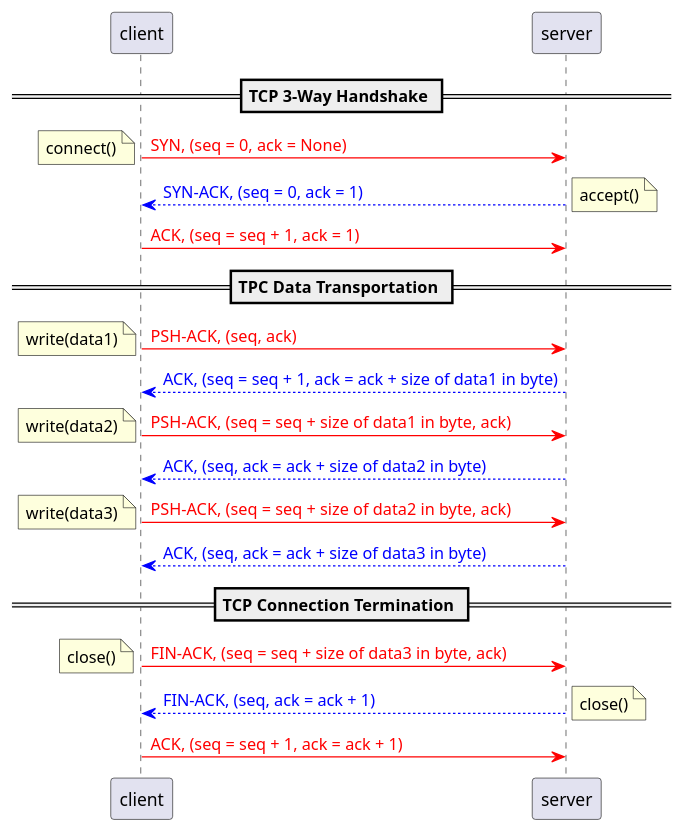
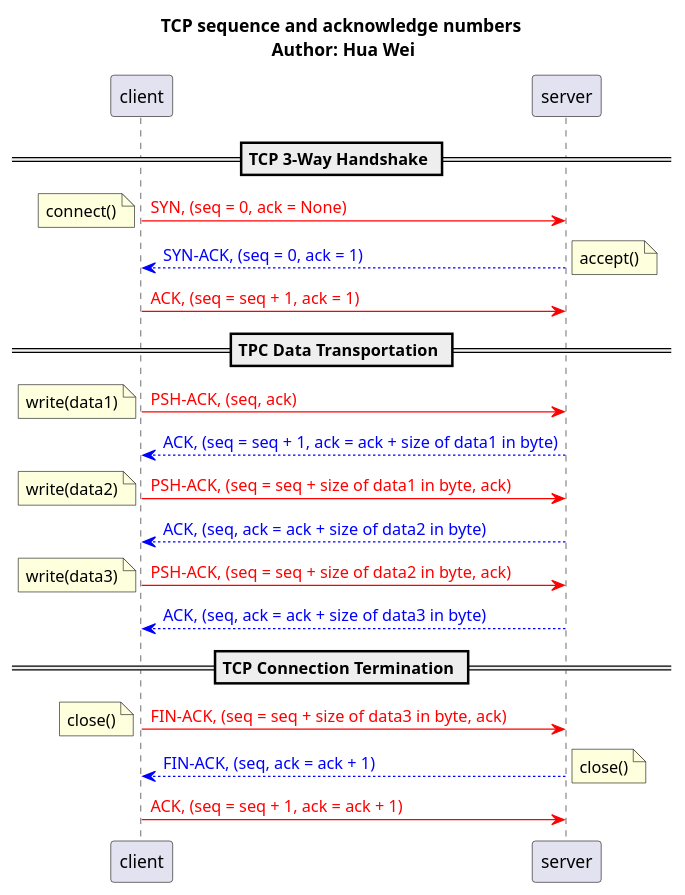
Before and after one commit to weihuacern/weihuacern.github.io: the diagram in assets/20200310_TCP_SEQUENCE_AND_ACKNOWLEDGMENT_NUMBERS/tcp-seq-ack-num.plantuml, drawn with PlantUML. The commit also changed 10 other files, not shown here.

```diff
--- a/assets/20200310_TCP_SEQUENCE_AND_ACKNOWLEDGMENT_NUMBERS/tcp-seq-ack-num.plantuml
+++ b/assets/20200310_TCP_SEQUENCE_AND_ACKNOWLEDGMENT_NUMBERS/tcp-seq-ack-num.plantuml
@@ -1,24 +1,27 @@
 @startuml tcp-seq-ack-num
+
+title TCP sequence and acknowledge numbers\n Author: Hua Wei
+
 == TCP 3-Way Handshake ==
 client -[#Red]> server: <color:red>SYN, (seq = 0, ack = None)</color>
 note left: connect()
 server --[#Blue]> client: <color:blue>SYN-ACK, (seq = 0, ack = 1)</color>
 note right: accept()
 client -[#Red]> server: <color:red>ACK, (seq = seq + 1, ack = 1)</color>
 == TPC Data Transportation ==
 client -[#Red]> server: <color:red>PSH-ACK, (seq, ack)</color>
 note left: write(data1)
 server --[#Blue]> client: <color:blue>ACK, (seq = seq + 1, ack = ack + size of data1 in byte)</color>
 client -[#Red]> server: <color:red>PSH-ACK, (seq = seq + size of data1 in byte, ack)</color>
 note left: write(data2)
 server --[#Blue]> client: <color:blue>ACK, (seq, ack = ack + size of data2 in byte)</color>
 client -[#Red]> server: <color:red>PSH-ACK, (seq = seq + size of data2 in byte, ack)</color>
 note left: write(data3)
 server --[#Blue]> client: <color:blue>ACK, (seq, ack = ack + size of data3 in byte)</color>
 == TCP Connection Termination ==
 client -[#Red]> server: <color:red>FIN-ACK, (seq = seq + size of data3 in byte, ack)</color>
 note left: close()
 server --[#Blue]> client: <color:blue>FIN-ACK, (seq, ack = ack + 1)</color>
 note right: close()
 client -[#Red]> server: <color:red>ACK, (seq = seq + 1, ack = ack + 1)</color>
 @enduml
```
